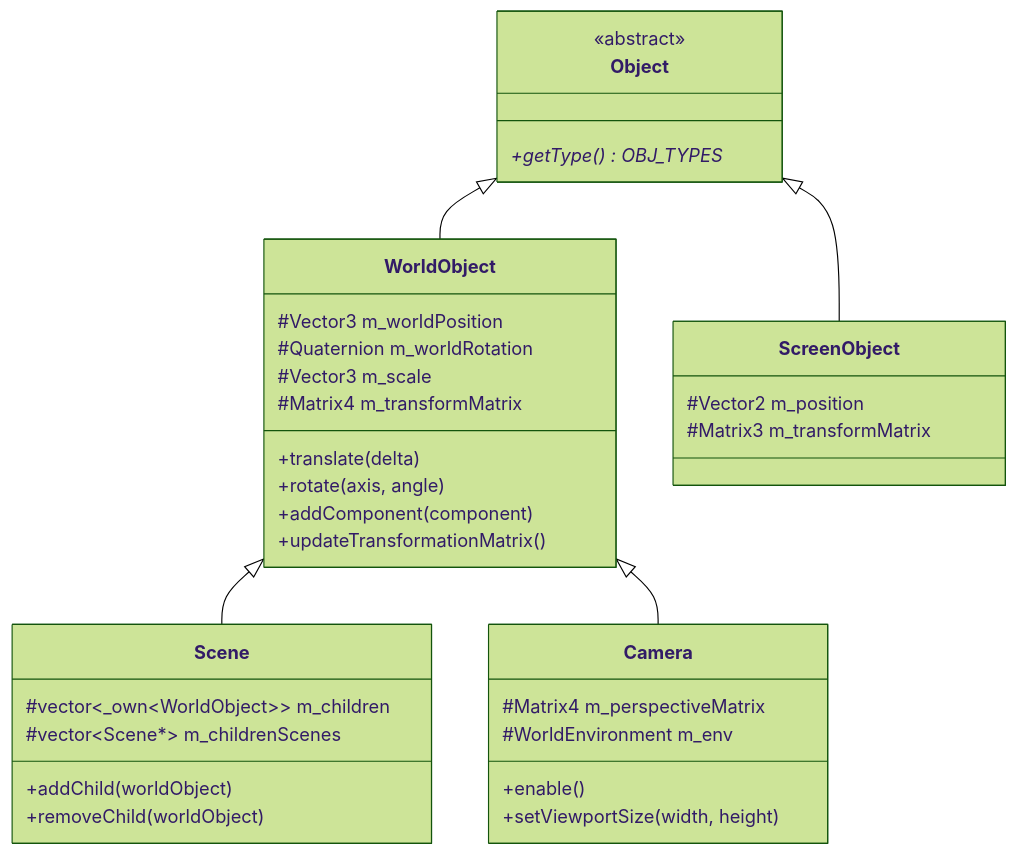
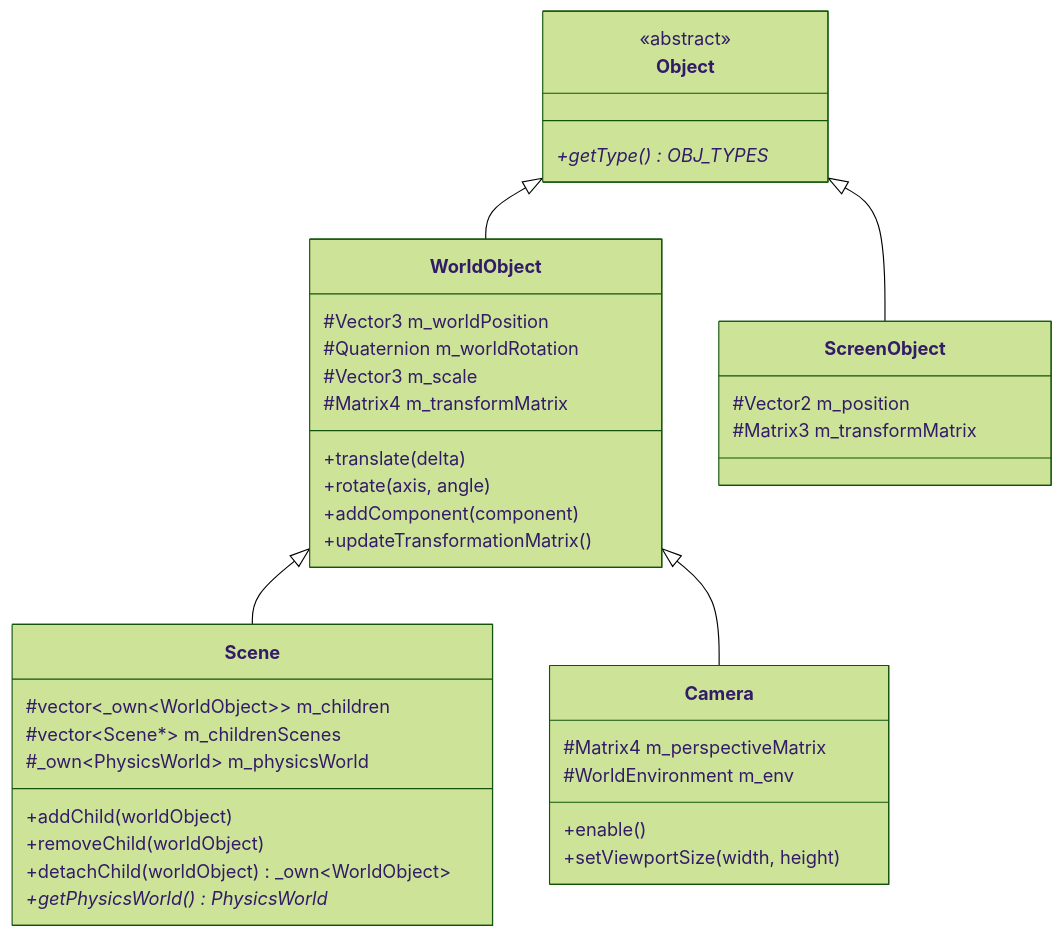
The diagram in docs/architecture/scene_tree_and_scripts.md (swdhahn/bird-engine), drawn with Mermaid (forest theme) before and after one commit. The commit also changed other lines of this file and 42 other files, not shown here.

````diff
--- a/docs/architecture/scene_tree_and_scripts.md
+++ b/docs/architecture/scene_tree_and_scripts.md
@@ -11,38 +11,41 @@
 ```mermaid
 classDiagram
     class Object {
         <<abstract>>
         +getType() OBJ_TYPES*
     }
     class WorldObject {
         #Vector3 m_worldPosition
         #Quaternion m_worldRotation
         #Vector3 m_scale
         #Matrix4 m_transformMatrix
         +translate(delta)
         +rotate(axis, angle)
         +addComponent(component)
         +updateTransformationMatrix()
     }
     class Scene {
         #vector<_own~WorldObject~> m_children
         #vector~Scene*~ m_childrenScenes
+        #_own~PhysicsWorld~ m_physicsWorld
         +addChild(worldObject)
         +removeChild(worldObject)
+        +detachChild(worldObject) _own~WorldObject~
+        +getPhysicsWorld() PhysicsWorld*
     }
     class Camera {
         #Matrix4 m_perspectiveMatrix
         #WorldEnvironment m_env
         +enable()
         +setViewportSize(width, height)
     }
     class ScreenObject {
         #Vector2 m_position
         #Matrix3 m_transformMatrix
     }
 
     Object <|-- WorldObject
     WorldObject <|-- Scene
     WorldObject <|-- Camera
     Object <|-- ScreenObject
 ```
````
